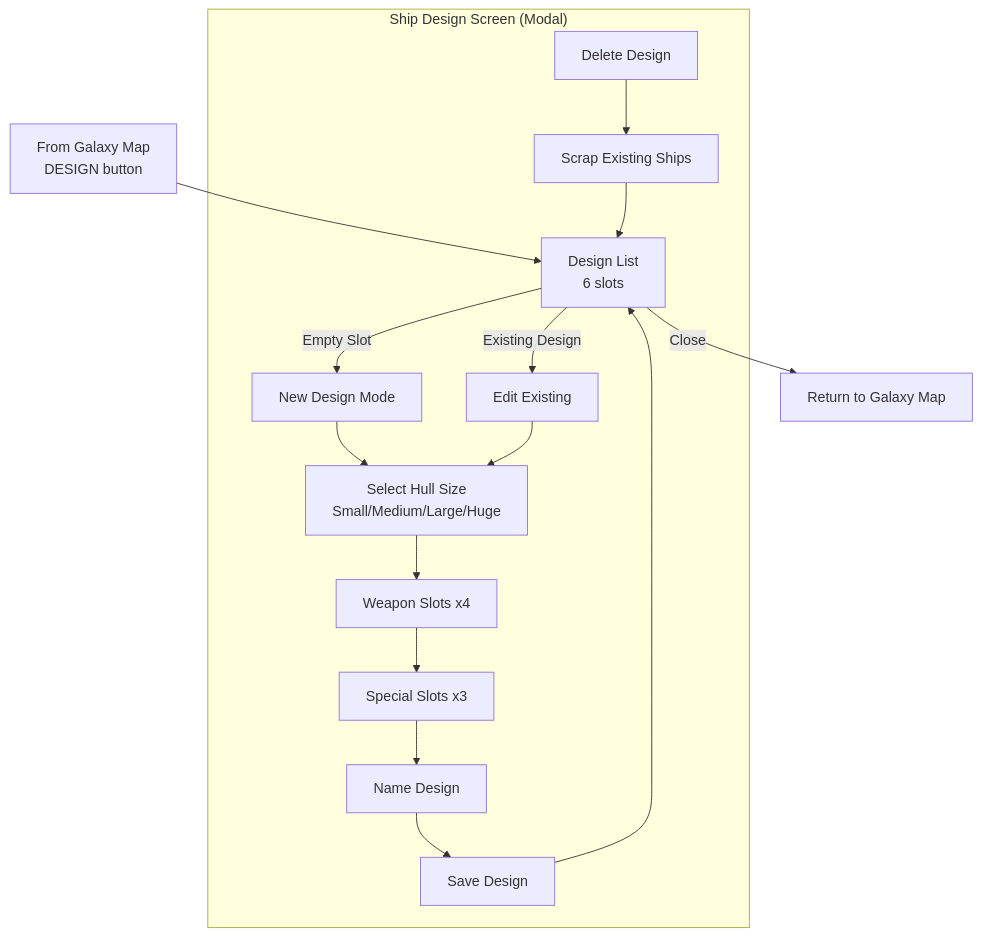
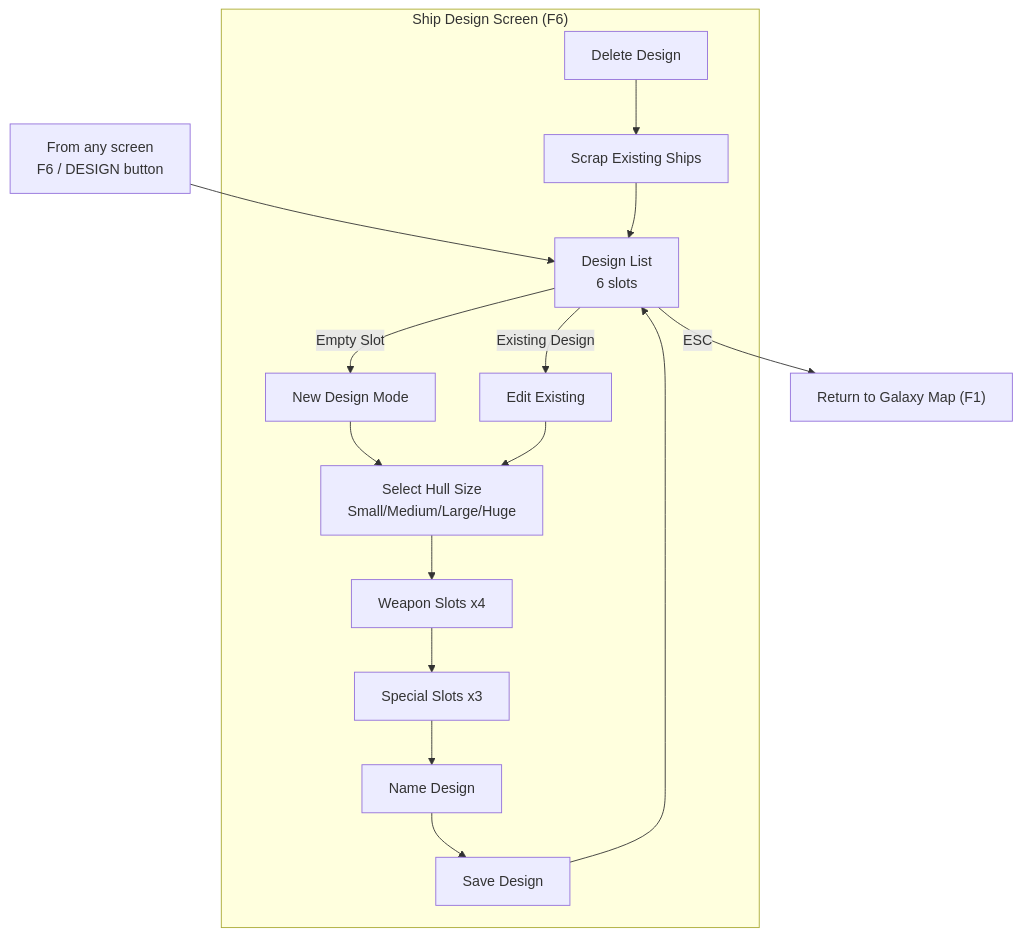
The fourth of 9 diagrams in design/ui-ux/navigation-flow.md (jtchilders-ai-assistant/hamster-of-orion), drawn with Mermaid before and after one commit. The commit also changed other lines of this file and 2 other files, not shown here.

````diff
--- a/design/ui-ux/navigation-flow.md
+++ b/design/ui-ux/navigation-flow.md
@@ -213,35 +215,35 @@
 ```mermaid
 flowchart TD
-    subgraph ShipDesignScreen["Ship Design Screen (Modal)"]
+    subgraph ShipDesignScreen["Ship Design Screen (F6)"]
         DesignList[Design List<br/>6 slots]
         NewDesign[New Design Mode]
         EditDesign[Edit Existing]
         
         HullSelect[Select Hull Size<br/>Small/Medium/Large/Huge]
         WeaponSelect[Weapon Slots x4]
         SpecialSelect[Special Slots x3]
         NameShip[Name Design]
         
         SaveDesign[Save Design]
         DeleteDesign[Delete Design]
         ScrapShips[Scrap Existing Ships]
     end
 
-    Entry[From Galaxy Map<br/>DESIGN button] --> DesignList
+    Entry["From any screen<br/>F6 / DESIGN button"] --> DesignList
     
     DesignList -->|"Empty Slot"| NewDesign
     DesignList -->|"Existing Design"| EditDesign
-    DesignList -->|"Close"| Exit[Return to Galaxy Map]
+    DesignList -->|"ESC"| Exit["Return to Galaxy Map (F1)"]
     
     NewDesign --> HullSelect
     EditDesign --> HullSelect
     
     HullSelect --> WeaponSelect
     WeaponSelect --> SpecialSelect
     SpecialSelect --> NameShip
     NameShip --> SaveDesign
     
     SaveDesign --> DesignList
     DeleteDesign --> ScrapShips
     ScrapShips --> DesignList
 ```
````
